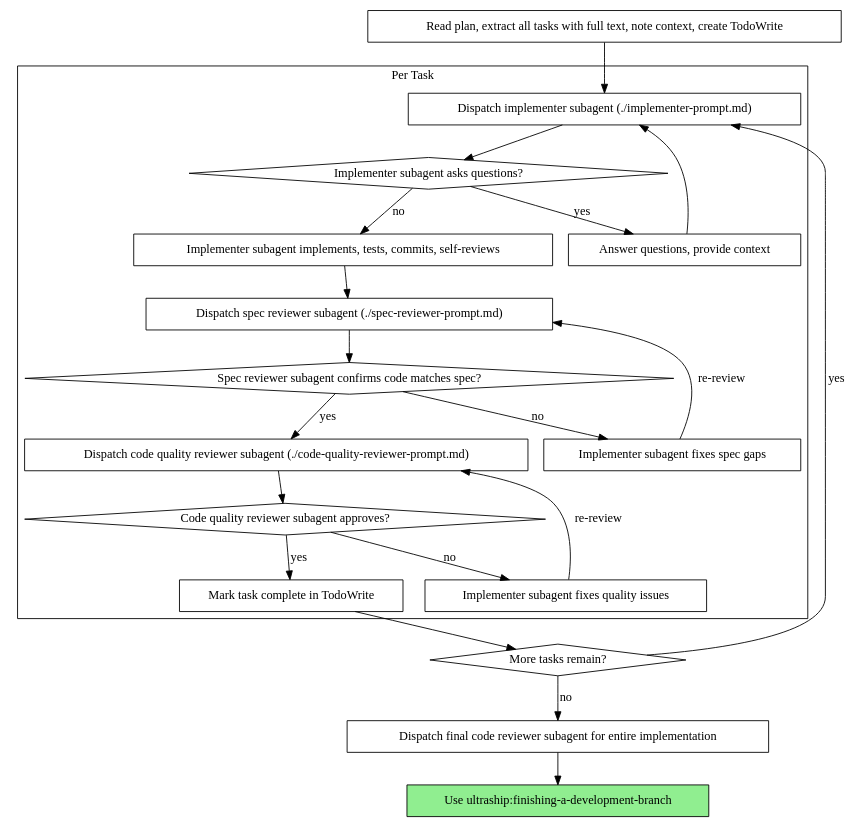
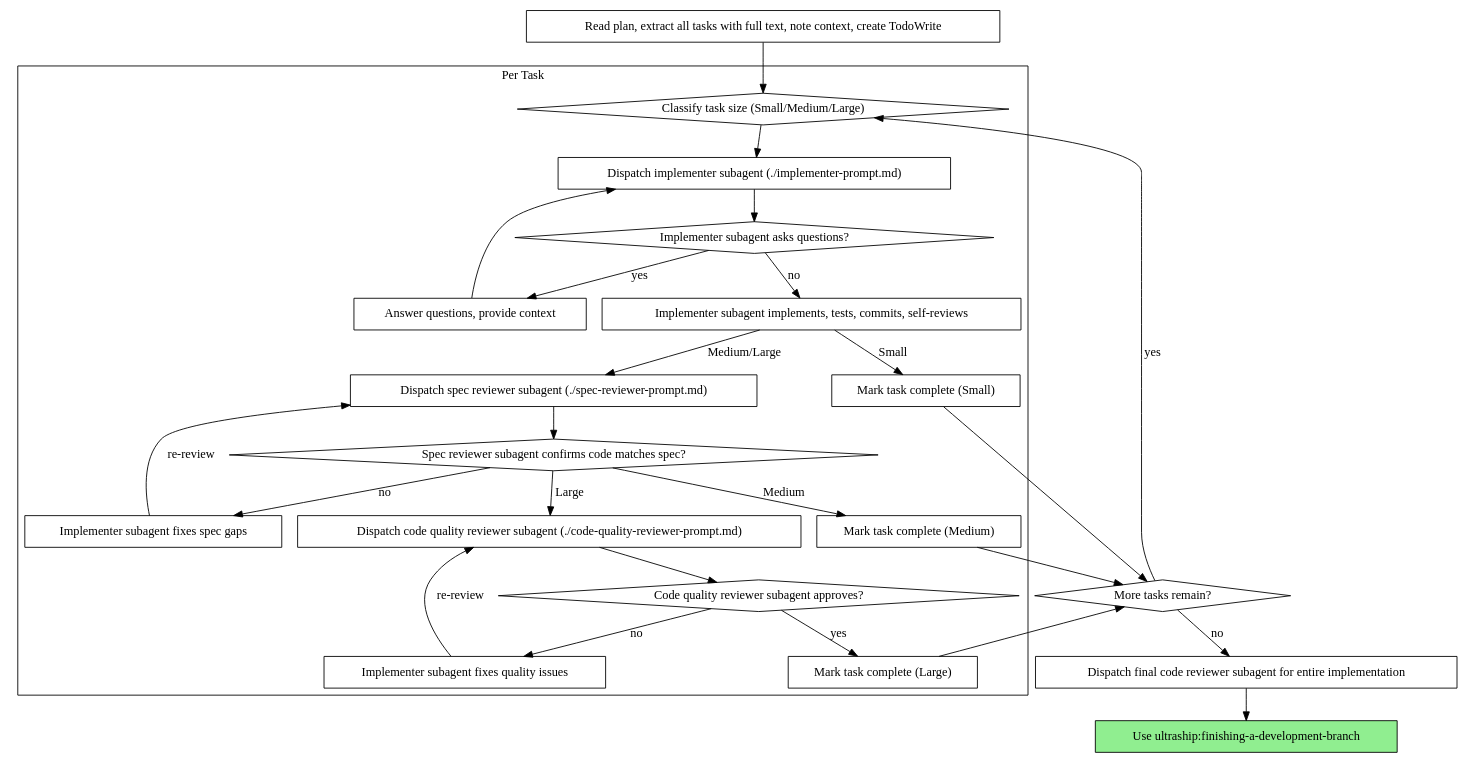
One commit to Houseofmvps/ultraship changed the second of 2 diagrams in skills/subagent-driven-development/SKILL.md. Above: the diagram before and after it, drawn with Graphviz. The commit also changed other lines of this file and 14 other files, not shown here.

````diff
--- a/skills/subagent-driven-development/SKILL.md
+++ b/skills/subagent-driven-development/SKILL.md
@@ -42,44 +54,52 @@
 ```dot
 digraph process {
     rankdir=TB;
 
     subgraph cluster_per_task {
         label="Per Task";
+        "Classify task size (Small/Medium/Large)" [shape=diamond];
         "Dispatch implementer subagent (./implementer-prompt.md)" [shape=box];
         "Implementer subagent asks questions?" [shape=diamond];
         "Answer questions, provide context" [shape=box];
         "Implementer subagent implements, tests, commits, self-reviews" [shape=box];
+        "Mark task complete (Small)" [shape=box];
         "Dispatch spec reviewer subagent (./spec-reviewer-prompt.md)" [shape=box];
         "Spec reviewer subagent confirms code matches spec?" [shape=diamond];
         "Implementer subagent fixes spec gaps" [shape=box];
+        "Mark task complete (Medium)" [shape=box];
         "Dispatch code quality reviewer subagent (./code-quality-reviewer-prompt.md)" [shape=box];
         "Code quality reviewer subagent approves?" [shape=diamond];
         "Implementer subagent fixes quality issues" [shape=box];
-        "Mark task complete in TodoWrite" [shape=box];
+        "Mark task complete (Large)" [shape=box];
     }
 
     "Read plan, extract all tasks with full text, note context, create TodoWrite" [shape=box];
     "More tasks remain?" [shape=diamond];
     "Dispatch final code reviewer subagent for entire implementation" [shape=box];
     "Use ultraship:finishing-a-development-branch" [shape=box style=filled fillcolor=lightgreen];
 
-    "Read plan, extract all tasks with full text, note context, create TodoWrite" -> "Dispatch implementer subagent (./implementer-prompt.md)";
+    "Read plan, extract all tasks with full text, note context, create TodoWrite" -> "Classify task size (Small/Medium/Large)";
+    "Classify task size (Small/Medium/Large)" -> "Dispatch implementer subagent (./implementer-prompt.md)";
     "Dispatch implementer subagent (./implementer-prompt.md)" -> "Implementer subagent asks questions?";
     "Implementer subagent asks questions?" -> "Answer questions, provide context" [label="yes"];
     "Answer questions, provide context" -> "Dispatch implementer subagent (./implementer-prompt.md)";
     "Implementer subagent asks questions?" -> "Implementer subagent implements, tests, commits, self-reviews" [label="no"];
-    "Implementer subagent implements, tests, commits, self-reviews" -> "Dispatch spec reviewer subagent (./spec-reviewer-prompt.md)";
+    "Implementer subagent implements, tests, commits, self-reviews" -> "Mark task complete (Small)" [label="Small"];
+    "Implementer subagent implements, tests, commits, self-reviews" -> "Dispatch spec reviewer subagent (./spec-reviewer-prompt.md)" [label="Medium/Large"];
     "Dispatch spec reviewer subagent (./spec-reviewer-prompt.md)" -> "Spec reviewer subagent confirms code matches spec?";
     "Spec reviewer subagent confirms code matches spec?" -> "Implementer subagent fixes spec gaps" [label="no"];
     "Implementer subagent fixes spec gaps" -> "Dispatch spec reviewer subagent (./spec-reviewer-prompt.md)" [label="re-review"];
-    "Spec reviewer subagent confirms code matches spec?" -> "Dispatch code quality reviewer subagent (./code-quality-reviewer-prompt.md)" [label="yes"];
+    "Spec reviewer subagent confirms code matches spec?" -> "Mark task complete (Medium)" [label="Medium"];
+    "Spec reviewer subagent confirms code matches spec?" -> "Dispatch code quality reviewer subagent (./code-quality-reviewer-prompt.md)" [label="Large"];
     "Dispatch code quality reviewer subagent (./code-quality-reviewer-prompt.md)" -> "Code quality reviewer subagent approves?";
     "Code quality reviewer subagent approves?" -> "Implementer subagent fixes quality issues" [label="no"];
     "Implementer subagent fixes quality issues" -> "Dispatch code quality reviewer subagent (./code-quality-reviewer-prompt.md)" [label="re-review"];
-    "Code quality reviewer subagent approves?" -> "Mark task complete in TodoWrite" [label="yes"];
-    "Mark task complete in TodoWrite" -> "More tasks remain?";
-    "More tasks remain?" -> "Dispatch implementer subagent (./implementer-prompt.md)" [label="yes"];
+    "Code quality reviewer subagent approves?" -> "Mark task complete (Large)" [label="yes"];
+    "Mark task complete (Small)" -> "More tasks remain?";
+    "Mark task complete (Medium)" -> "More tasks remain?";
+    "Mark task complete (Large)" -> "More tasks remain?";
+    "More tasks remain?" -> "Classify task size (Small/Medium/Large)" [label="yes"];
     "More tasks remain?" -> "Dispatch final code reviewer subagent for entire implementation" [label="no"];
     "Dispatch final code reviewer subagent for entire implementation" -> "Use ultraship:finishing-a-development-branch";
 }
 ```
````
